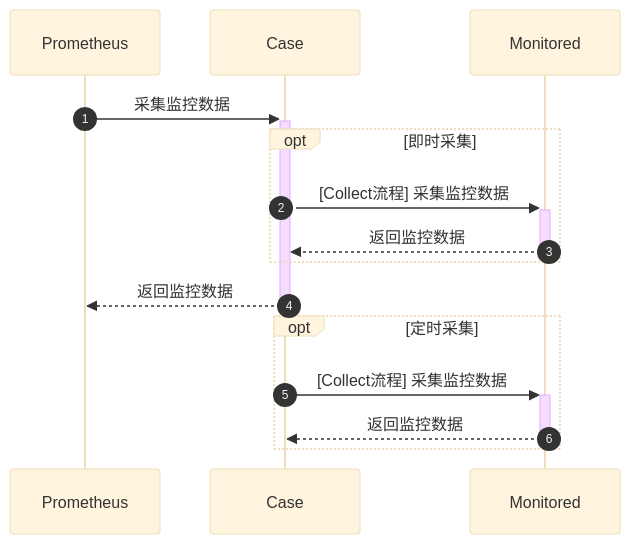
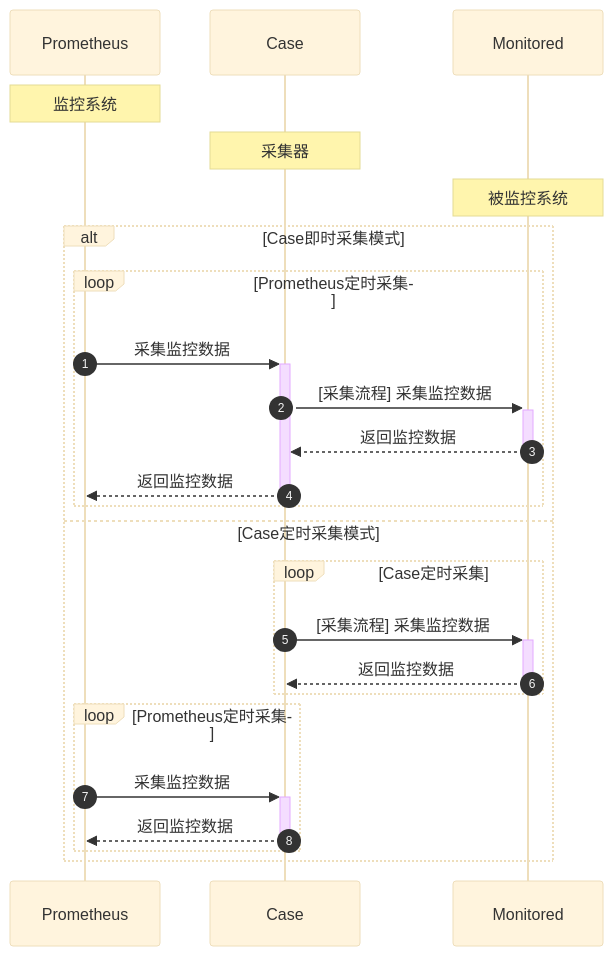
One commit to LaineyC/blackbox changed the second of 3 diagrams in README.md. Above: the diagram before and after it, drawn with Mermaid (base theme). The commit also changed other lines of this file and 2 other files, not shown here.

````diff
--- a/README.md
+++ b/README.md
@@ -72,16 +41,27 @@
 ```mermaid
 sequenceDiagram
-    autonumber
-    
+
+autonumber
+
+Note over Prometheus: 监控系统
+Note over Case: 采集器
+Note over Monitored: 被监控系统
+
+alt Case即时采集模式
+  loop Prometheus定时采集
     Prometheus->>+Case: 采集监控数据
-opt 即时采集
-    Case->>+Monitored: [Collect流程] 采集监控数据
+    Case->>+Monitored: [采集流程] 采集监控数据
     Monitored-->>-Case: 返回监控数据
-end
     Case-->>-Prometheus: 返回监控数据
-
-opt 定时采集
-    Case->>+Monitored: [Collect流程] 采集监控数据
+  end
+else Case定时采集模式
+  loop Case定时采集
+    Case->>+Monitored: [采集流程] 采集监控数据
     Monitored-->>-Case: 返回监控数据
+  end
+  loop Prometheus定时采集
+    Prometheus->>+Case: 采集监控数据
+    Case-->>-Prometheus: 返回监控数据
+  end
 end
 ```
````
